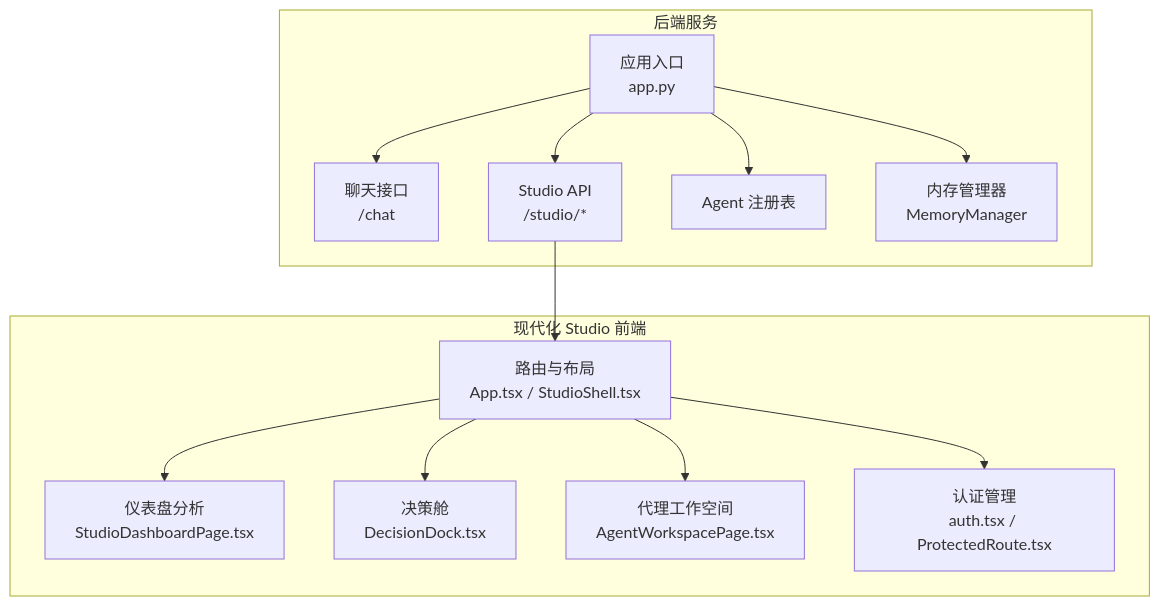
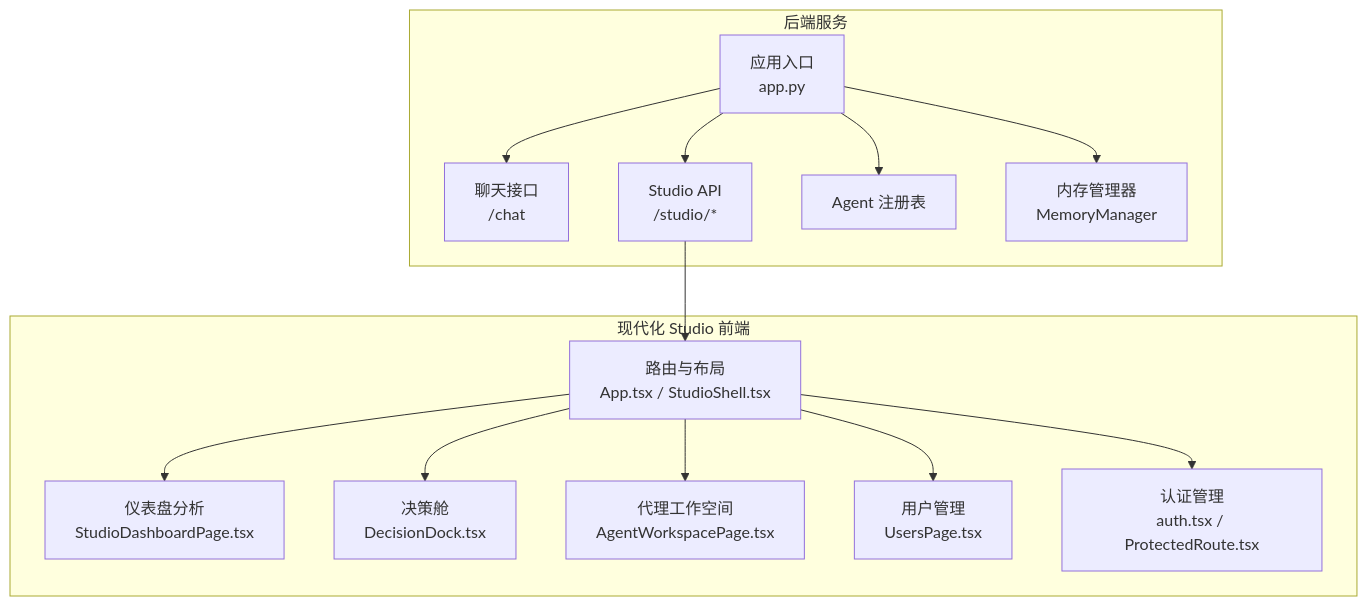
One commit to YU-JI-KUI/ark-agentic changed the first of 12 diagrams in repowiki/zh/content/Studio 开发工具/开发工作流.md. Above: the diagram before and after it, drawn with Mermaid. The commit also changed other lines of this file and 6 other files, not shown here.

````diff
--- a/repowiki/zh/content/Studio 开发工具/开发工作流.md
+++ b/repowiki/zh/content/Studio 开发工具/开发工作流.md
@@ -60,26 +58,28 @@
 ```mermaid
 graph TB
 subgraph "后端服务"
 APP["应用入口<br/>app.py"]
 API_CHAT["聊天接口<br/>/chat"]
 API_STUDIO["Studio API<br/>/studio/*"]
 REGISTRY["Agent 注册表"]
 MEM["内存管理器<br/>MemoryManager"]
 end
 subgraph "现代化 Studio 前端"
 FE_APP["路由与布局<br/>App.tsx / StudioShell.tsx"]
 FE_DASHBOARD["仪表盘分析<br/>StudioDashboardPage.tsx"]
 FE_DECISION["决策舱<br/>DecisionDock.tsx"]
 FE_WORKSPACE["代理工作空间<br/>AgentWorkspacePage.tsx"]
+FE_USERS["用户管理<br/>UsersPage.tsx"]
 FE_AUTH["认证管理<br/>auth.tsx / ProtectedRoute.tsx"]
 end
 APP --> API_CHAT
 APP --> API_STUDIO
 API_STUDIO --> FE_APP
 FE_APP --> FE_DASHBOARD
 FE_APP --> FE_DECISION
 FE_APP --> FE_WORKSPACE
+FE_APP --> FE_USERS
 FE_APP --> FE_AUTH
 APP --> REGISTRY
 APP --> MEM
 ```
````
